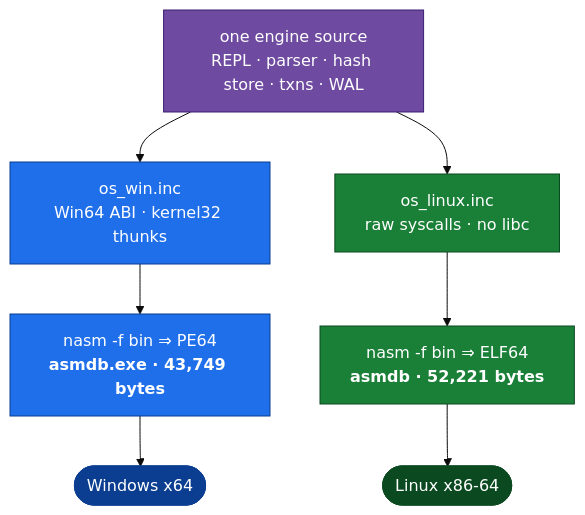
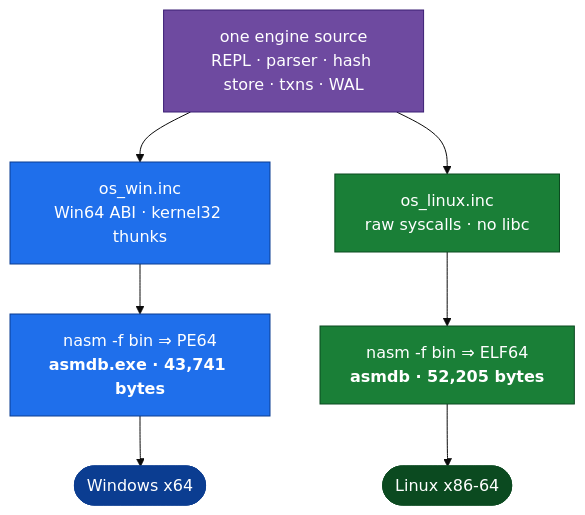
Before and after one commit to fredgis/asmDB: the first of 2 diagrams in README.md, drawn with Mermaid (base theme). The commit also changed other lines of this file and 19 other files, not shown here.

````diff
--- a/README.md
+++ b/README.md
@@ -301,19 +303,19 @@
 ```mermaid
 flowchart TD
     SRC["one engine source<br/>REPL · parser · hash store · txns · WAL"]:::core
 
     SRC --> WIN["os_win.inc<br/>Win64 ABI · kernel32 thunks"]:::win
     SRC --> LIN["os_linux.inc<br/>raw syscalls · no libc"]:::lin
 
-    WIN --> PE["nasm -f bin ⇒ PE64<br/><b>asmdb.exe · 43,749 bytes</b>"]:::win
-    LIN --> ELF["nasm -f bin ⇒ ELF64<br/><b>asmdb · 52,221 bytes</b>"]:::lin
+    WIN --> PE["nasm -f bin ⇒ PE64<br/><b>asmdb.exe · 43,741 bytes</b>"]:::win
+    LIN --> ELF["nasm -f bin ⇒ ELF64<br/><b>asmdb · 52,205 bytes</b>"]:::lin
 
     PE --> WOS(["Windows x64"]):::winb
     ELF --> LOS(["Linux x86-64"]):::linb
 
     classDef core fill:#6e4aa0,stroke:#3b1e75,color:#fff
     classDef win  fill:#1f6feb,stroke:#0b3d91,color:#fff
     classDef lin  fill:#1a7f37,stroke:#0b4a20,color:#fff
     classDef winb fill:#0b3d91,stroke:#0b3d91,color:#fff
     classDef linb fill:#0b4a20,stroke:#0b4a20,color:#fff
 ```
````
